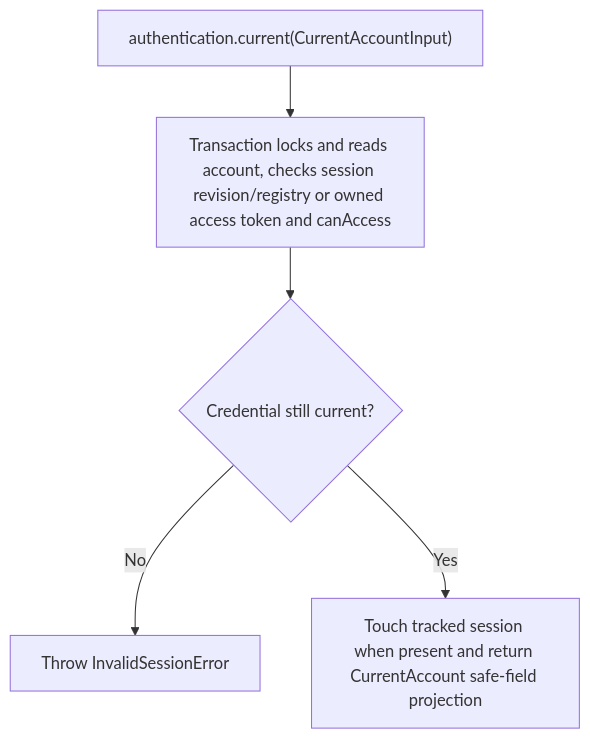
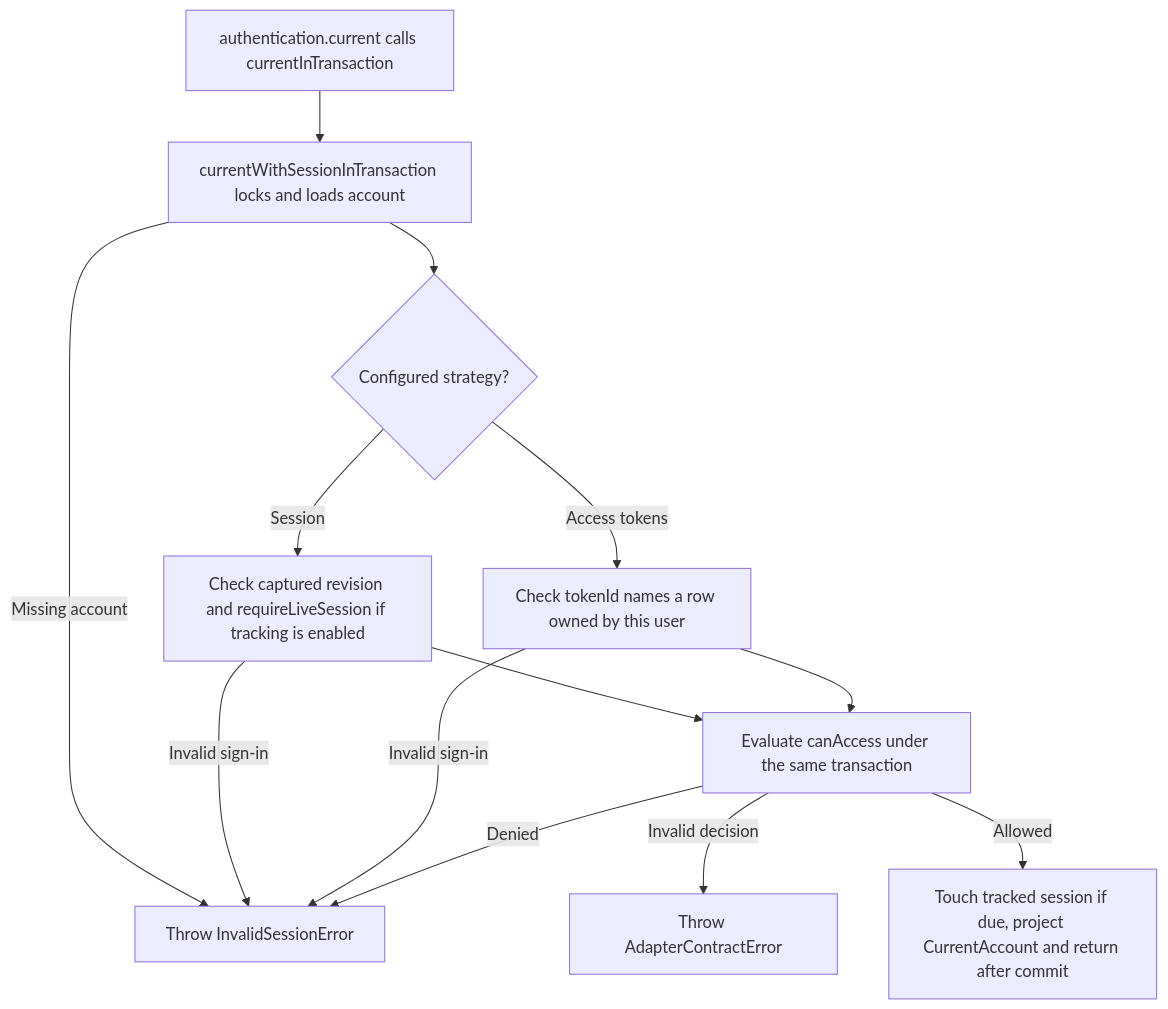
One commit to Kevinjohn/oss-adonisjs-account-kit changed the second of 2 diagrams in user-stories/US-ACCOUNT-39-current-account.md. Above: the diagram before and after it, drawn with Mermaid. The commit also changed other lines of this file and 70 other files, not shown here.

Commit message:
Refresh the Account Kit user story catalogue for 0.6.0

````diff
--- a/user-stories/US-ACCOUNT-39-current-account.md
+++ b/user-stories/US-ACCOUNT-39-current-account.md
@@ -30,7 +30,15 @@
 ```mermaid
 flowchart TD
- A["authentication.current(CurrentAccountInput)"] --> B["Transaction locks and reads account, checks session revision/registry or owned access token and canAccess"]
- B --> C{"Credential still current?"}
- C -->|No| D["Throw InvalidSessionError"]
- C -->|Yes| E["Touch tracked session when present and return CurrentAccount safe-field projection"]
+ A["authentication.current calls currentInTransaction"] --> B["currentWithSessionInTransaction locks and loads account"]
+ B --> S{"Configured strategy?"}
+ S -->|Session| R["Check captured revision and requireLiveSession if tracking is enabled"]
+ S -->|Access tokens| T["Check tokenId names a row owned by this user"]
+ R --> P["Evaluate canAccess under the same transaction"]
+ T --> P
+ B -->|Missing account| D["Throw InvalidSessionError"]
+ R -->|Invalid sign-in| D
+ T -->|Invalid sign-in| D
+ P -->|Denied| D
+ P -->|Invalid decision| V["Throw AdapterContractError"]
+ P -->|Allowed| E["Touch tracked session if due, project CurrentAccount and return after commit"]
 ```
````
